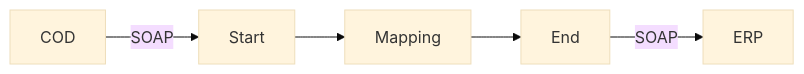
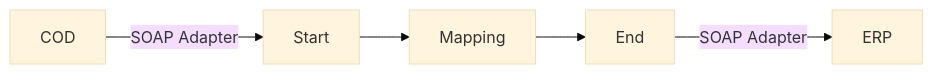
One commit to Avvale-IA-CICD/AvvaleCPI changed the diagram in REPSOL - Demo IA Docs/Check_Connectivity_to_SAP_Business_Suite_-_REPSOL/1.0.4/readme.md. Above: the diagram before and after it, drawn with Mermaid (base theme). The commit also changed other lines of this file, not shown here.

````diff
--- a/REPSOL - Demo IA Docs/Check_Connectivity_to_SAP_Business_Suite_-_REPSOL/1.0.4/readme.md
+++ b/REPSOL - Demo IA Docs/Check_Connectivity_to_SAP_Business_Suite_-_REPSOL/1.0.4/readme.md
@@ -4,13 +4,13 @@
 ```mermaid
 graph LR
     COD[COD]
     ERP[ERP]
-    StartEvent[Start]
+    Start[Start]
     Mapping[Mapping]
-    EndEvent[End]
+    End[End]
 
-    COD -- SOAP --> StartEvent
-    StartEvent --> Mapping
-    Mapping --> EndEvent
-    EndEvent -- SOAP --> ERP
+    COD -- SOAP Adapter --> Start
+    Start --> Mapping
+    Mapping --> End
+    End -- SOAP Adapter --> ERP
 ```
````
